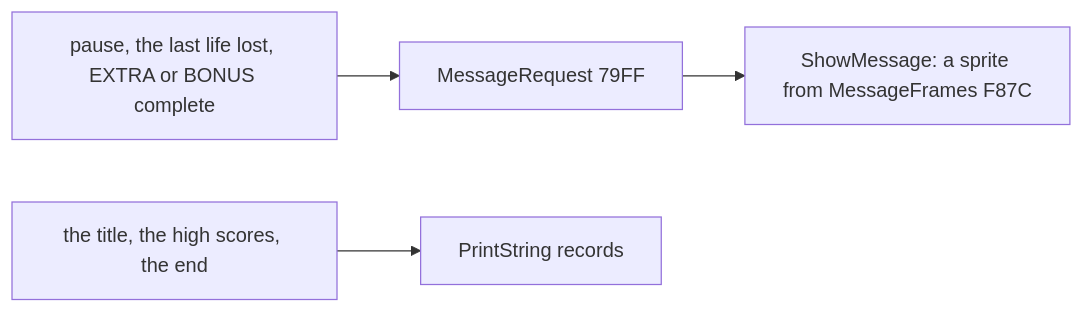
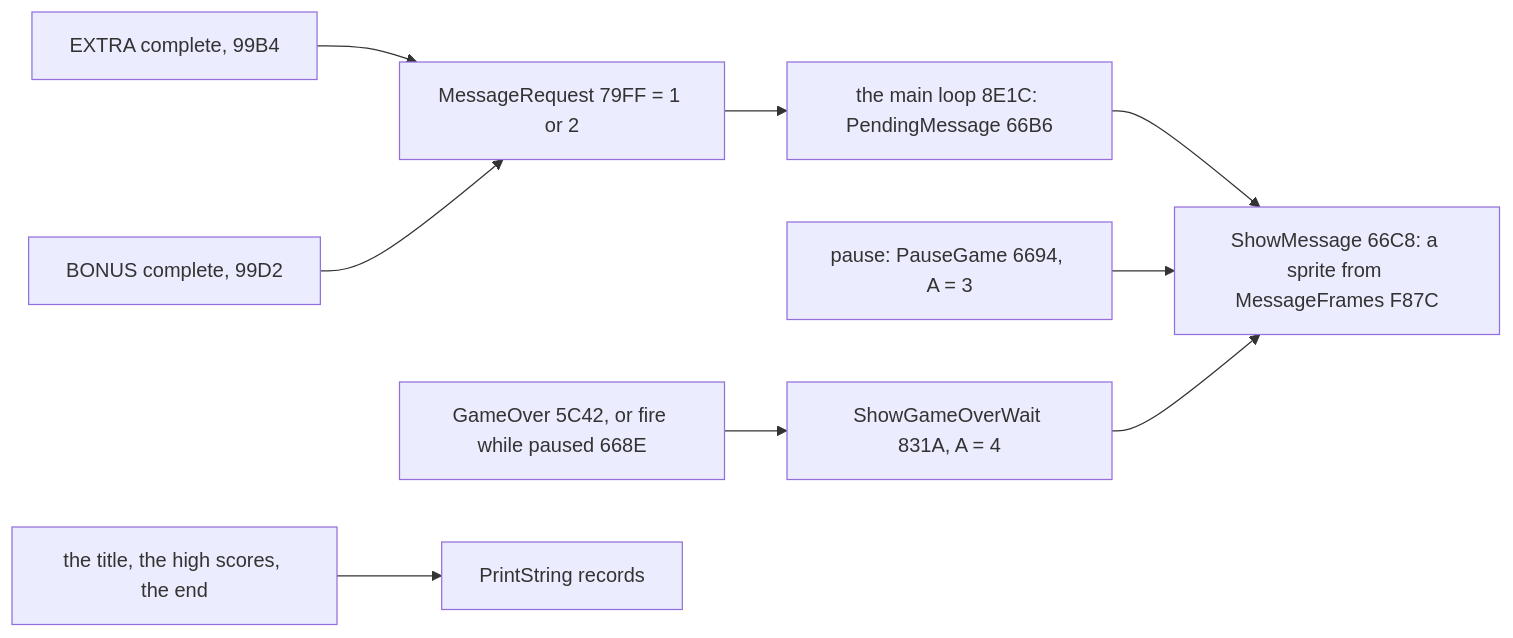
Diagram 11 of 14 in games/switchblade/docs/08-hud-and-text.md (alfishe/unrealng-reverse-cases), drawn with Mermaid before and after one commit. The commit also changed other lines of this file and 54 other files, not shown here.

````diff
--- a/games/switchblade/docs/08-hud-and-text.md
+++ b/games/switchblade/docs/08-hud-and-text.md
@@ -788,6 +819,11 @@
 ```mermaid
 flowchart LR
-    R["pause, the last life lost, EXTRA or BONUS complete"] --> M["MessageRequest 79FF"]
-    M --> S["ShowMessage: a sprite from MessageFrames F87C"]
+    X["EXTRA complete, 99B4"] --> M["MessageRequest 79FF = 1 or 2"]
+    BN["BONUS complete, 99D2"] --> M
+    M --> PM["the main loop 8E1C: PendingMessage 66B6"]
+    PM --> S["ShowMessage 66C8: a sprite from MessageFrames F87C"]
+    PA["pause: PauseGame 6694, A = 3"] --> S
+    GO["GameOver 5C42, or fire while paused 668E"] --> GW["ShowGameOverWait 831A, A = 4"]
+    GW --> S
     T["the title, the high scores, the end"] --> P["PrintString records"]
 ```
````
